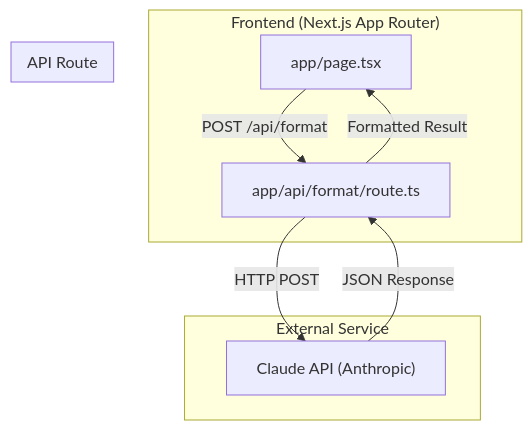
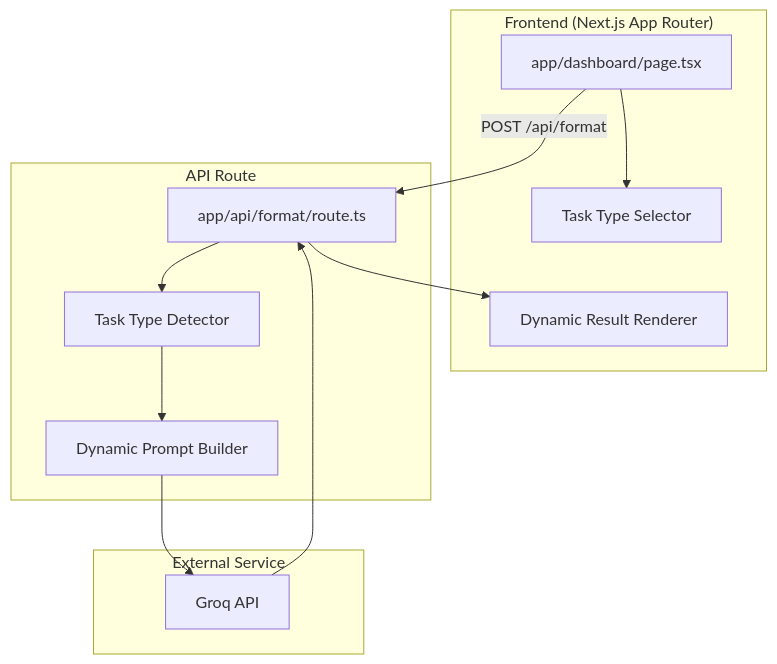
One commit to EricStephen12/taskclarify changed the diagram in .kiro/specs/task-clarify/design.md. Above: the diagram before and after it, drawn with Mermaid. The commit also changed other lines of this file and 19 other files, not shown here.

````diff
--- a/.kiro/specs/task-clarify/design.md
+++ b/.kiro/specs/task-clarify/design.md
@@ -17,19 +17,26 @@
 ```mermaid
 flowchart TB
     subgraph Frontend["Frontend (Next.js App Router)"]
-        Page["app/page.tsx"]
-        Page --> |"POST /api/format"| API
+        Dashboard["app/dashboard/page.tsx"]
+        TypeSelector["Task Type Selector"]
+        ResultRenderer["Dynamic Result Renderer"]
     end
     
     subgraph Backend["API Route"]
         API["app/api/format/route.ts"]
+        TypeDetector["Task Type Detector"]
+        PromptBuilder["Dynamic Prompt Builder"]
     end
     
     subgraph External["External Service"]
-        Claude["Claude API (Anthropic)"]
+        Groq["Groq API"]
     end
     
-    API --> |"HTTP POST"| Claude
-    Claude --> |"JSON Response"| API
-    API --> |"Formatted Result"| Page
+    Dashboard --> TypeSelector
+    Dashboard --> |"POST /api/format"| API
+    API --> TypeDetector
+    TypeDetector --> PromptBuilder
+    PromptBuilder --> Groq
+    Groq --> API
+    API --> ResultRenderer
 ```
````
